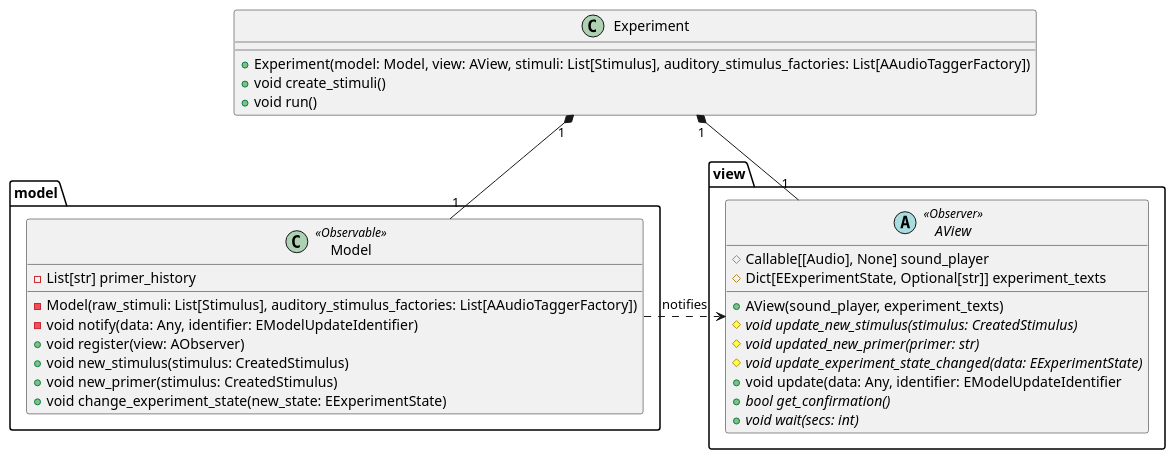
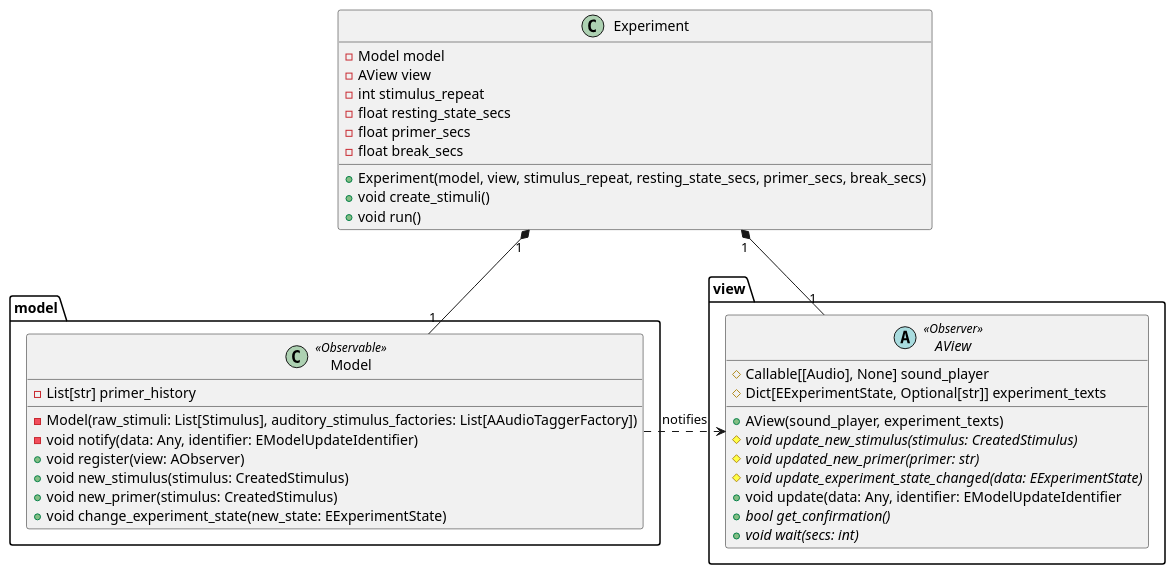
Before and after one commit to michalrzak/auditory-intention-decoding: the diagram in diagrams/plantuml/class/experiment_class.puml, drawn with PlantUML. The commit also changed 15 other files, not shown here.

```diff
--- a/diagrams/plantuml/class/experiment_class.puml
+++ b/diagrams/plantuml/class/experiment_class.puml
@@ -1,41 +1,48 @@
 @startuml
 
 package model {
     class Model <<Observable>>{
         -List[str] primer_history
 
         -Model(raw_stimuli: List[Stimulus], auditory_stimulus_factories: List[AAudioTaggerFactory])
         -void notify(data: Any, identifier: EModelUpdateIdentifier)
         +void register(view: AObserver)
         +void new_stimulus(stimulus: CreatedStimulus)
         +void new_primer(stimulus: CreatedStimulus)
         +void change_experiment_state(new_state: EExperimentState)
     }
 
 }
 
 package view {
     abstract class AView<<Observer>> {
         #Callable[[Audio], None] sound_player
         #Dict[EExperimentState, Optional[str]] experiment_texts
 
         +AView(sound_player, experiment_texts)
         #void {abstract} update_new_stimulus(stimulus: CreatedStimulus)
         #void {abstract} updated_new_primer(primer: str)
         #void {abstract} update_experiment_state_changed(data: EExperimentState)
         +void update(data: Any, identifier: EModelUpdateIdentifier
         +bool {abstract} get_confirmation()
         +void {abstract} wait(secs: int)
     }
 }
 
 class Experiment {
-    +Experiment(model: Model, view: AView, stimuli: List[Stimulus], auditory_stimulus_factories: List[AAudioTaggerFactory])
+    -Model model
+    -AView view
+    -int stimulus_repeat
+    -float resting_state_secs
+    -float primer_secs
+    -float break_secs
+
+    +Experiment(model, view, stimulus_repeat, resting_state_secs, primer_secs, break_secs)
     +void create_stimuli()
     +void run()
 }
 Experiment "1" *-- "1" Model
 Experiment "1" *-- "1" AView
 
 Model .r.> AView: notifies
 @enduml
```
